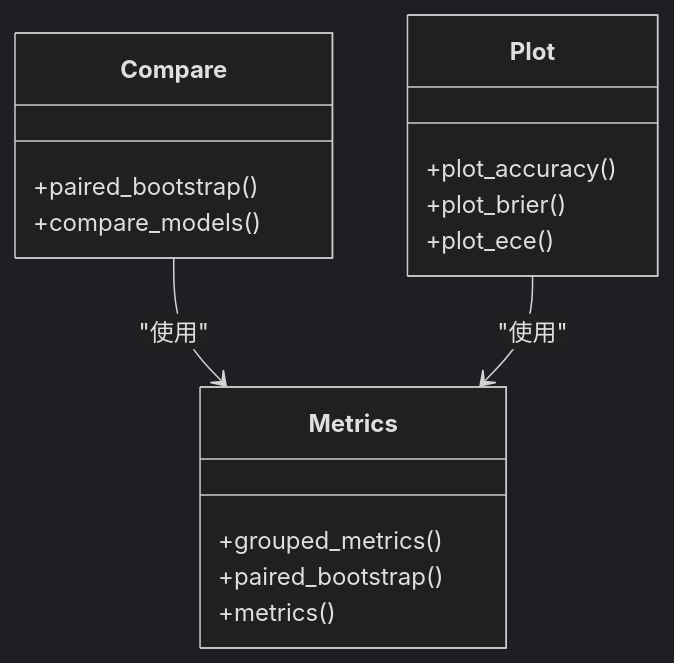
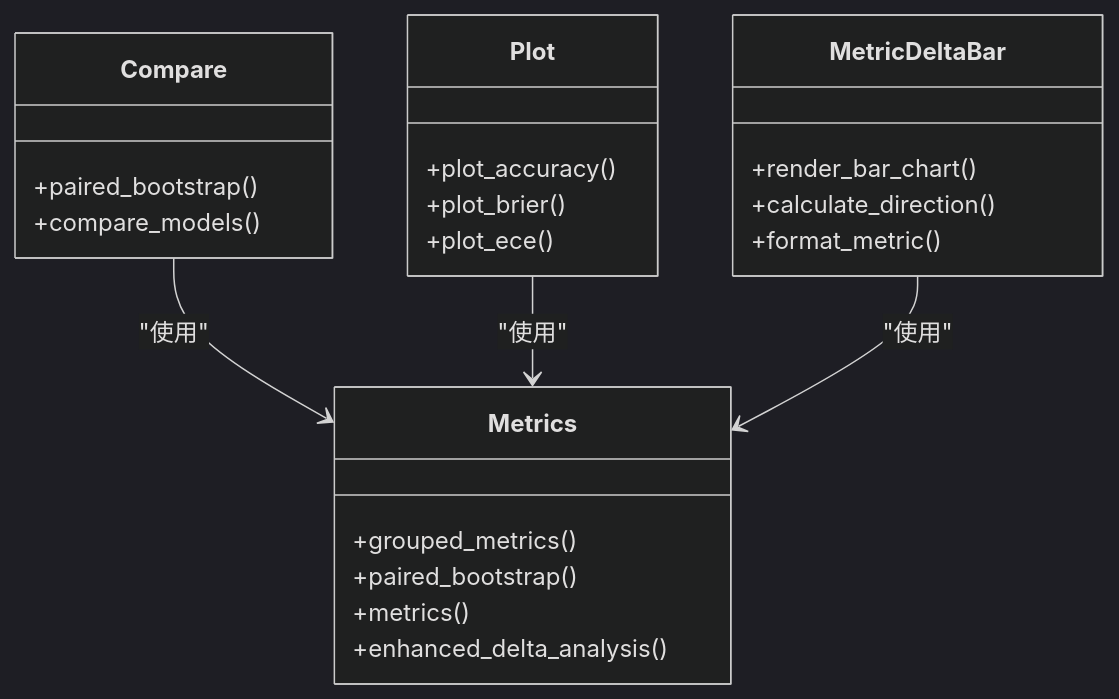
The seventh of 10 diagrams in .qoder/repowiki/zh/content/评估系统/评估系统.md (joezxh/kev), drawn with Mermaid (dark theme) before and after one commit. The commit also changed other lines of this file and 101 other files, not shown here.

````diff
--- a/.qoder/repowiki/zh/content/评估系统/评估系统.md
+++ b/.qoder/repowiki/zh/content/评估系统/评估系统.md
@@ -380,19 +441,26 @@
 ```mermaid
 classDiagram
 class Compare {
 +paired_bootstrap()
 +compare_models()
 }
 class Metrics {
 +grouped_metrics()
 +paired_bootstrap()
 +metrics()
++enhanced_delta_analysis()
 }
 class Plot {
 +plot_accuracy()
 +plot_brier()
 +plot_ece()
 }
+class MetricDeltaBar {
++render_bar_chart()
++calculate_direction()
++format_metric()
+}
 Compare --> Metrics : "使用"
 Plot --> Metrics : "使用"
+MetricDeltaBar --> Metrics : "使用"
 ```
````
